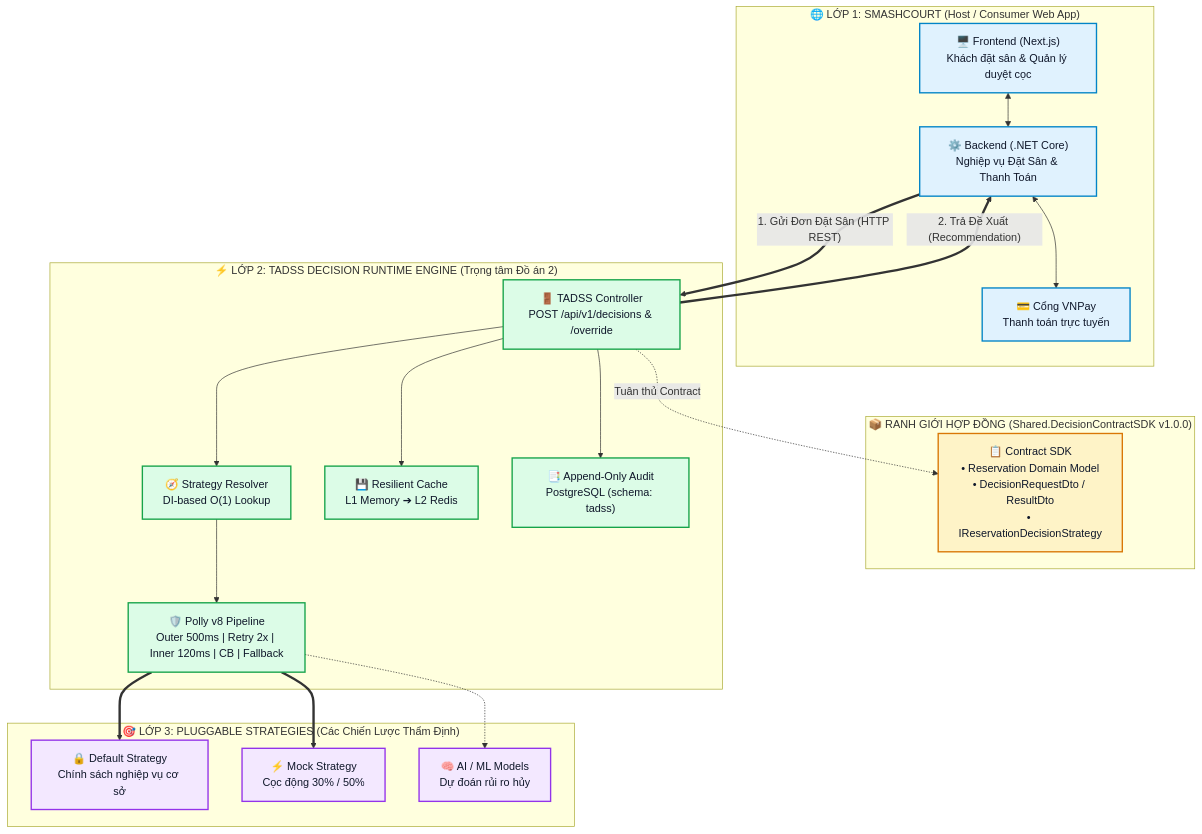
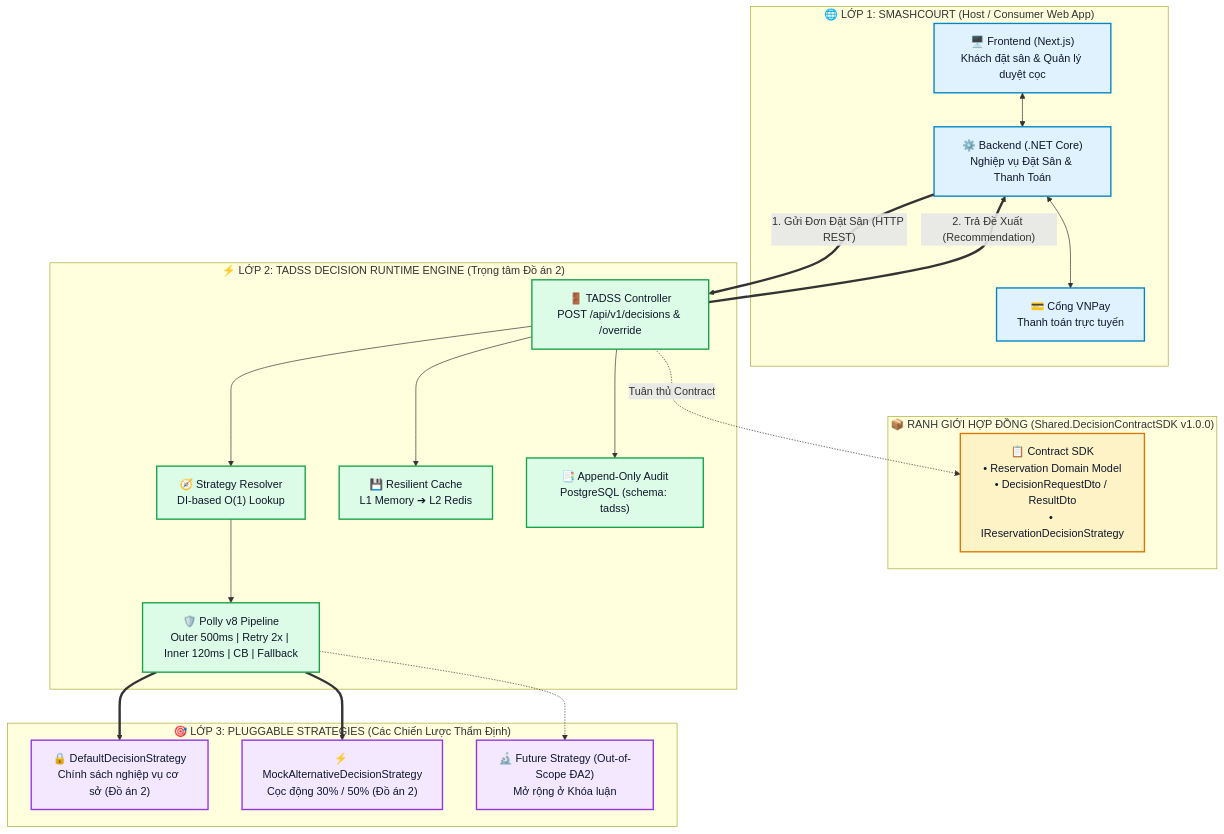
The first of 7 diagrams in docs/PROJECT_BLUEPRINT_AND_SYSTEM_OVERVIEW.md (NguyenThanhTrung-N2T/TrustworthyAdaptiveDecisionSupportSystem-TADSS), drawn with Mermaid before and after one commit. The commit also changed other lines of this file and 38 other files, not shown here.

````diff
--- a/docs/PROJECT_BLUEPRINT_AND_SYSTEM_OVERVIEW.md
+++ b/docs/PROJECT_BLUEPRINT_AND_SYSTEM_OVERVIEW.md
@@ -54,50 +55,50 @@
 ```mermaid
 flowchart TD
     subgraph Layer1 ["🌐 LỚP 1: SMASHCOURT (Host / Consumer Web App)"]
         FE["🖥️ Frontend (Next.js)<br/>Khách đặt sân & Quản lý duyệt cọc"]
         BE["⚙️ Backend (.NET Core)<br/>Nghiệp vụ Đặt Sân & Thanh Toán"]
         VNPay["💳 Cổng VNPay<br/>Thanh toán trực tuyến"]
         FE <--> BE
         BE <--> VNPay
     end
 
     subgraph Boundary ["📦 RANH GIỚI HỢP ĐỒNG (Shared.DecisionContractSDK v1.0.0)"]
         SDK["📋 Contract SDK<br/>• Reservation Domain Model<br/>• DecisionRequestDto / ResultDto<br/>• IReservationDecisionStrategy"]
     end
 
     subgraph Layer2 ["⚡ LỚP 2: TADSS DECISION RUNTIME ENGINE (Trọng tâm Đồ án 2)"]
         API["🚪 TADSS Controller<br/>POST /api/v1/decisions & /override"]
         Resolver["🧭 Strategy Resolver<br/>DI-based O(1) Lookup"]
         Polly["🛡️ Polly v8 Pipeline<br/>Outer 500ms | Retry 2x | Inner 120ms | CB | Fallback"]
         Cache["💾 Resilient Cache<br/>L1 Memory ➔ L2 Redis"]
         Audit["📑 Append-Only Audit<br/>PostgreSQL (schema: tadss)"]
         
         API --> Resolver
         Resolver --> Polly
         API --> Cache
         API --> Audit
     end
 
     subgraph Layer3 ["🎯 LỚP 3: PLUGGABLE STRATEGIES (Các Chiến Lược Thẩm Định)"]
-        S1["🔒 Default Strategy<br/>Chính sách nghiệp vụ cơ sở"]
-        S2["⚡ Mock Strategy<br/>Cọc động 30% / 50%"]
-        S3["🧠 AI / ML Models<br/>Dự đoán rủi ro hủy"]
+        S1["🔒 DefaultDecisionStrategy<br/>Chính sách nghiệp vụ cơ sở (Đồ án 2)"]
+        S2["⚡ MockAlternativeDecisionStrategy<br/>Cọc động 30% / 50% (Đồ án 2)"]
+        S3["🔬 Future Strategy (Out-of-Scope ĐA2)<br/>Mở rộng ở Khóa luận"]
     end
 
     BE == "1. Gửi Đơn Đặt Sân (HTTP REST)" ==> API
     API -. "Tuân thủ Contract" .-> SDK
     Polly ==> S1
     Polly ==> S2
     Polly -.-> S3
     API == "2. Trả Đề Xuất (Recommendation)" ==> BE
 
     classDef hostStyle fill:#e0f2fe,stroke:#0284c7,stroke-width:2px,color:#0f172a;
     classDef boundaryStyle fill:#fef3c7,stroke:#d97706,stroke-width:2px,color:#0f172a;
     classDef engineStyle fill:#dcfce7,stroke:#16a34a,stroke-width:2px,color:#0f172a;
     classDef stratStyle fill:#f3e8ff,stroke:#9333ea,stroke-width:2px,color:#0f172a;
 
     class FE,BE,VNPay hostStyle;
     class SDK boundaryStyle;
     class API,Resolver,Polly,Cache,Audit engineStyle;
     class S1,S2,S3 stratStyle;
 ```
````
